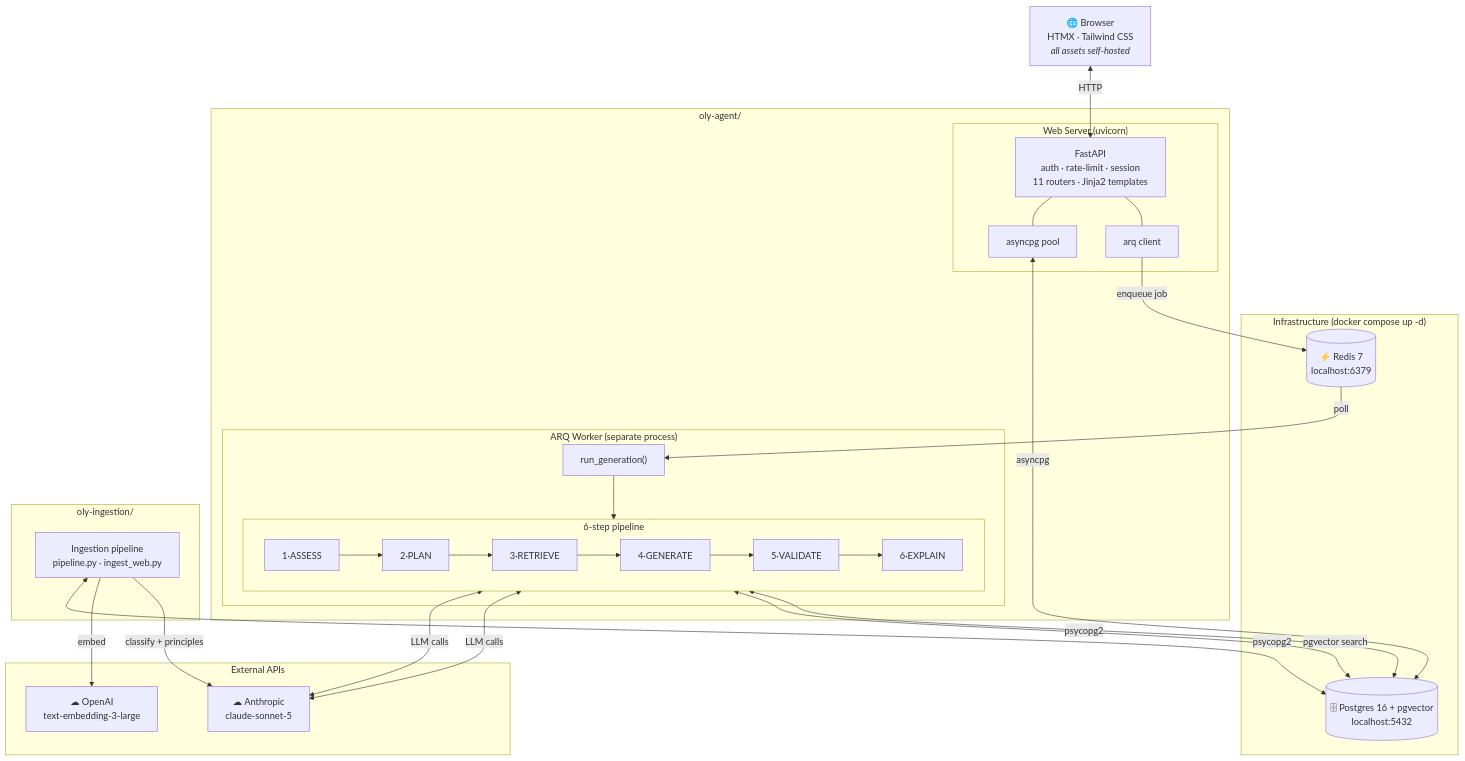
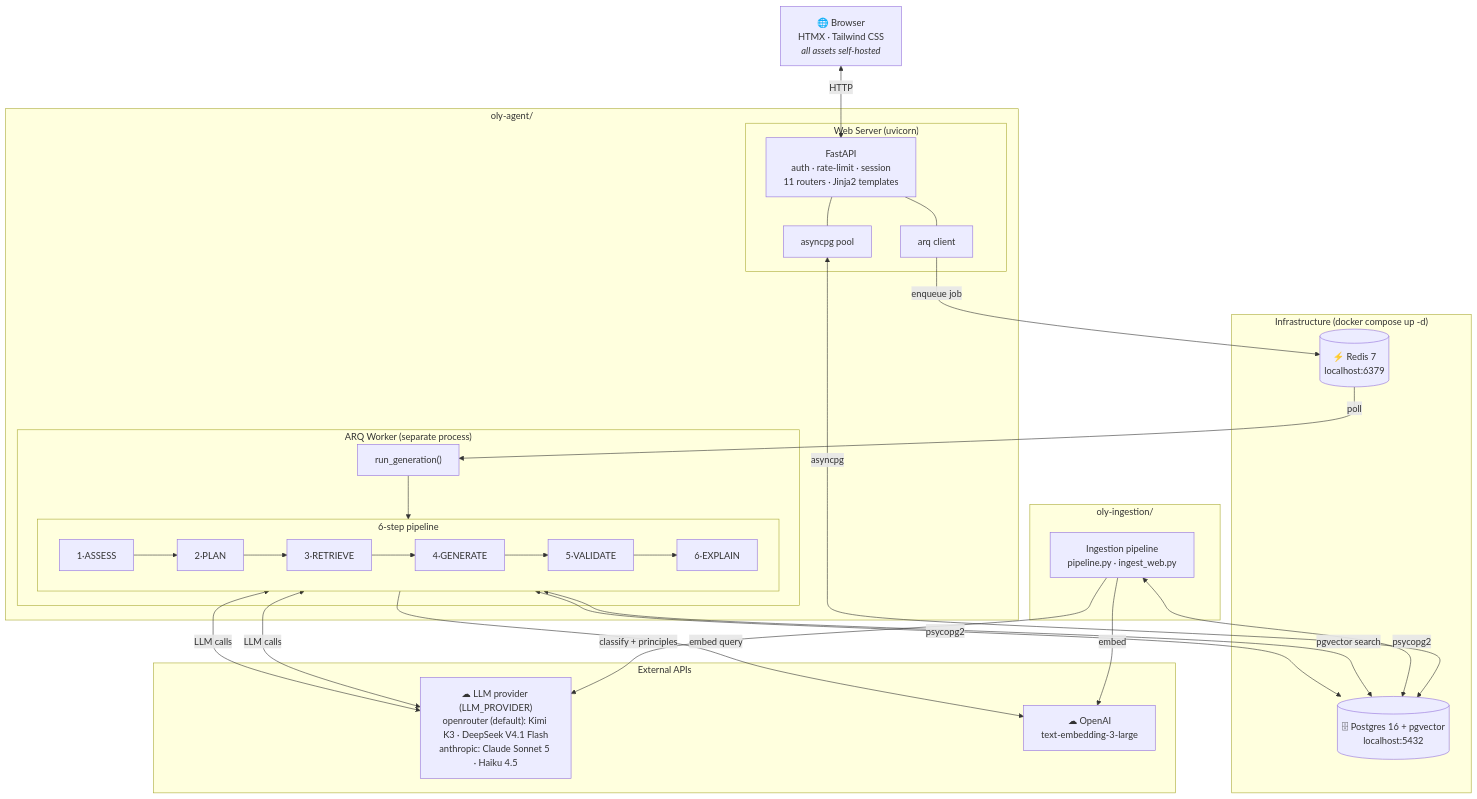
One commit to dcmshi/oly-program-generator changed the first of 4 diagrams in ARCHITECTURE.md. Above: the diagram before and after it, drawn with Mermaid. The commit also changed other lines of this file, not shown here.

Commit message:
docs(architecture): provider-aware LLM setup in diagrams and production env vars (LLM_PROVIDER, OPENROUTER_API_KEY) (AUD-7)

````diff
--- a/ARCHITECTURE.md
+++ b/ARCHITECTURE.md
@@ -5,49 +5,50 @@
 ```mermaid
 flowchart TB
     Browser["🌐 Browser<br/>HTMX · Tailwind CSS<br/><i>all assets self-hosted</i>"]
 
     subgraph infra["Infrastructure  (docker compose up -d)"]
         PG[("🗄 Postgres 16 + pgvector<br/>localhost:5432")]
         RD[("⚡ Redis 7<br/>localhost:6379")]
     end
 
     subgraph agent["oly-agent/"]
         subgraph web["Web Server  (uvicorn)"]
             App["FastAPI<br/>auth · rate-limit · session<br/>11 routers · Jinja2 templates"]
             APool["asyncpg pool"]
             AQueue["arq client"]
         end
 
         subgraph worker["ARQ Worker  (separate process)"]
             WFn["run_generation()"]
             subgraph pipe["6-step pipeline"]
                 direction LR
                 S1["1·ASSESS"] --> S2["2·PLAN"] --> S3["3·RETRIEVE"]
                 S3 --> S4["4·GENERATE"] --> S5["5·VALIDATE"] --> S6["6·EXPLAIN"]
             end
         end
     end
 
     subgraph ingestion["oly-ingestion/"]
         Ing["Ingestion pipeline<br/>pipeline.py · ingest_web.py"]
     end
 
     subgraph ext["External APIs"]
-        Anthropic["☁ Anthropic<br/>claude-sonnet-5"]
+        Anthropic["☁ LLM provider (LLM_PROVIDER)<br/>openrouter (default): Kimi K3 · DeepSeek V4.1 Flash<br/>anthropic: Claude Sonnet 5 · Haiku 4.5"]
         OpenAI["☁ OpenAI<br/>text-embedding-3-large"]
     end
 
     Browser <-->|HTTP| App
     App --- APool & AQueue
     APool <-->|asyncpg| PG
     AQueue -->|enqueue job| RD
     RD -->|poll| WFn
     WFn --> pipe
     pipe <-->|psycopg2| PG
     S4 & S6 <-->|LLM calls| Anthropic
     S3 <-->|pgvector search| PG
+    S3 -->|embed query| OpenAI
 
     Ing <-->|psycopg2| PG
     Ing -->|embed| OpenAI
     Ing -->|classify + principles| Anthropic
 ```
````
